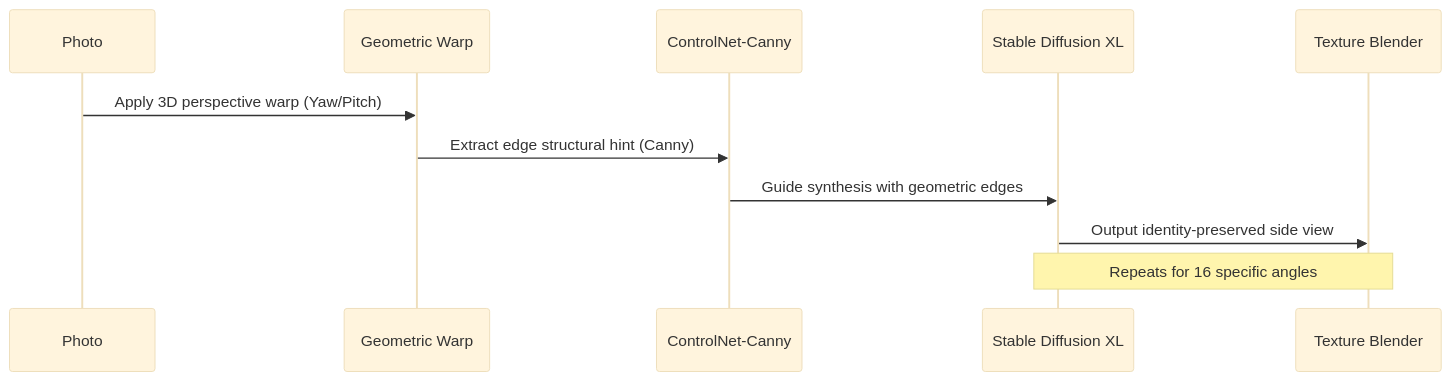
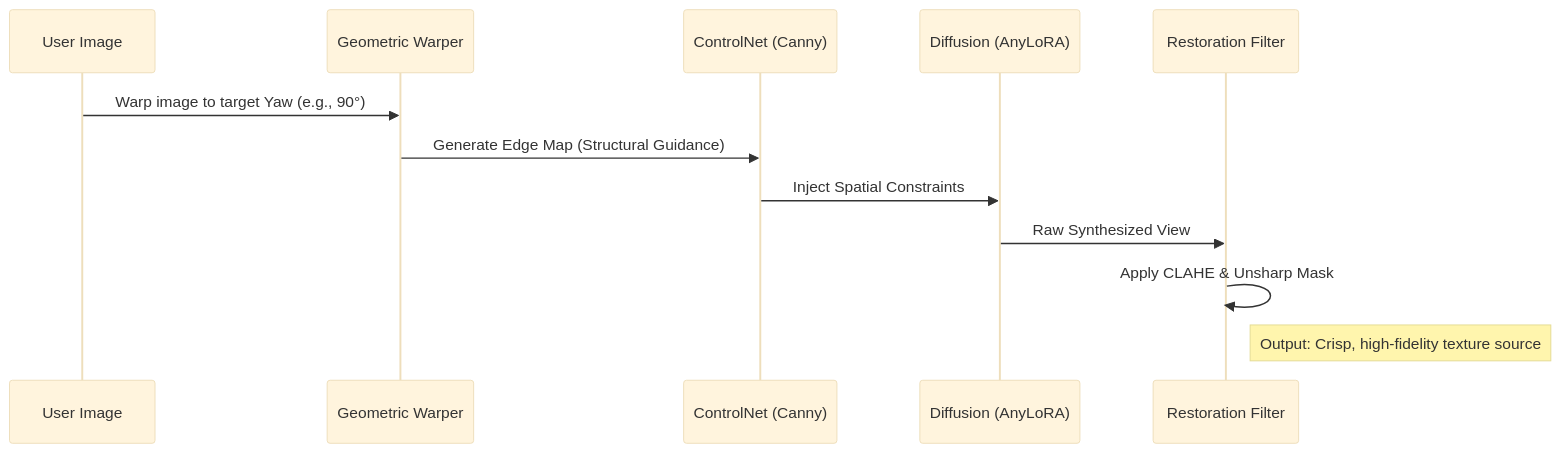
One commit to Dhruvil1308/Single-Image-to-Stylized-3D changed the second of 2 diagrams in README.md. Above: the diagram before and after it, drawn with Mermaid (base theme). The commit also changed other lines of this file, not shown here.

Commit message:
docs: upgrade README to ultra-detailed version with math and diagrams

````diff
--- a/README.md
+++ b/README.md
@@ -56,14 +55,15 @@
 ```mermaid
 sequenceDiagram
-    participant P as Photo
-    participant G as Geometric Warp
-    participant C as ControlNet-Canny
-    participant SD as Stable Diffusion XL
-    participant T as Texture Blender
+    participant U as User Image
+    participant G as Geometric Warper
+    participant C as ControlNet (Canny)
+    participant D as Diffusion (AnyLoRA)
+    participant R as Restoration Filter
 
-    P->>G: Apply 3D perspective warp (Yaw/Pitch)
-    G->>C: Extract edge structural hint (Canny)
-    C->>SD: Guide synthesis with geometric edges
-    SD->>T: Output identity-preserved side view
-    Note over SD,T: Repeats for 16 specific angles
+    U->>G: Warp image to target Yaw (e.g., 90°)
+    G->>C: Generate Edge Map (Structural Guidance)
+    C->>D: Inject Spatial Constraints
+    D->>R: Raw Synthesized View
+    R->>R: Apply CLAHE & Unsharp Mask
+    Note right of R: Output: Crisp, high-fidelity texture source
 ```
````
